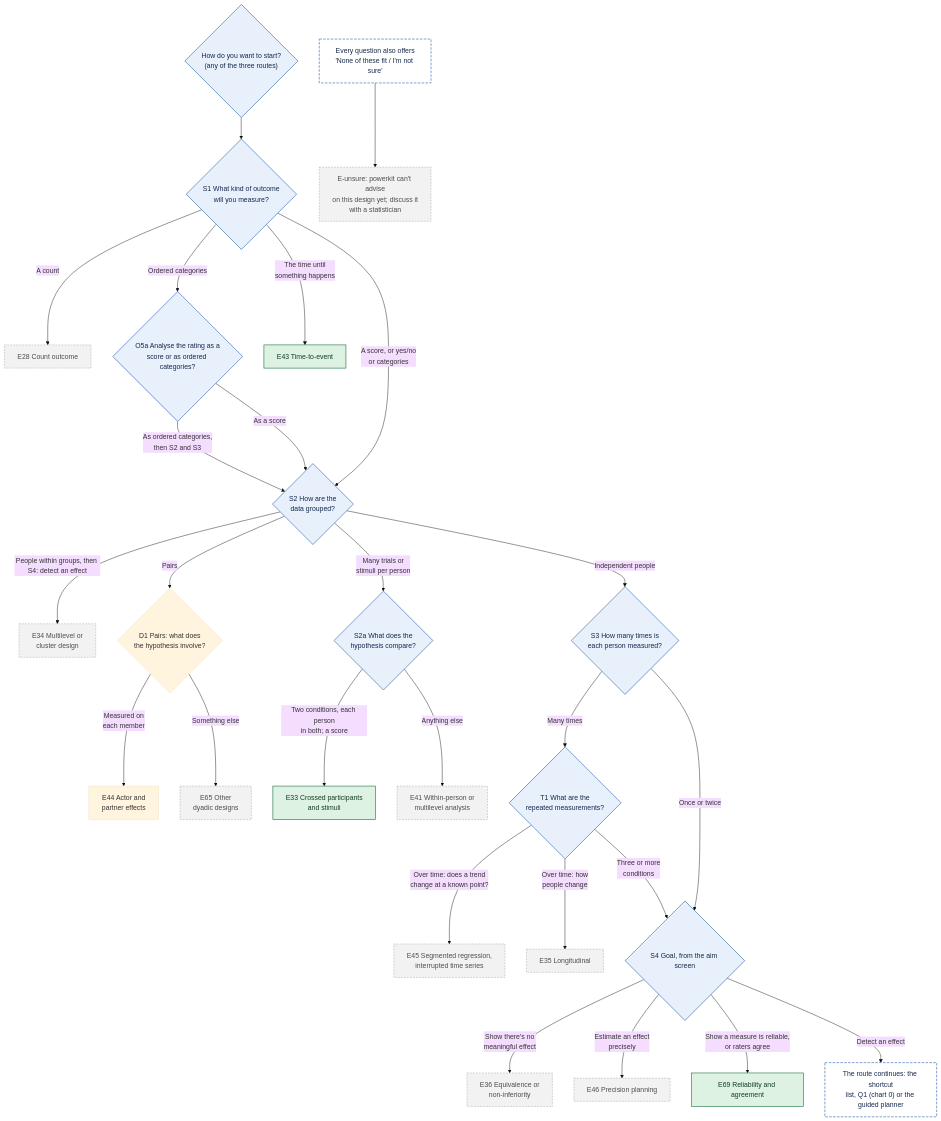
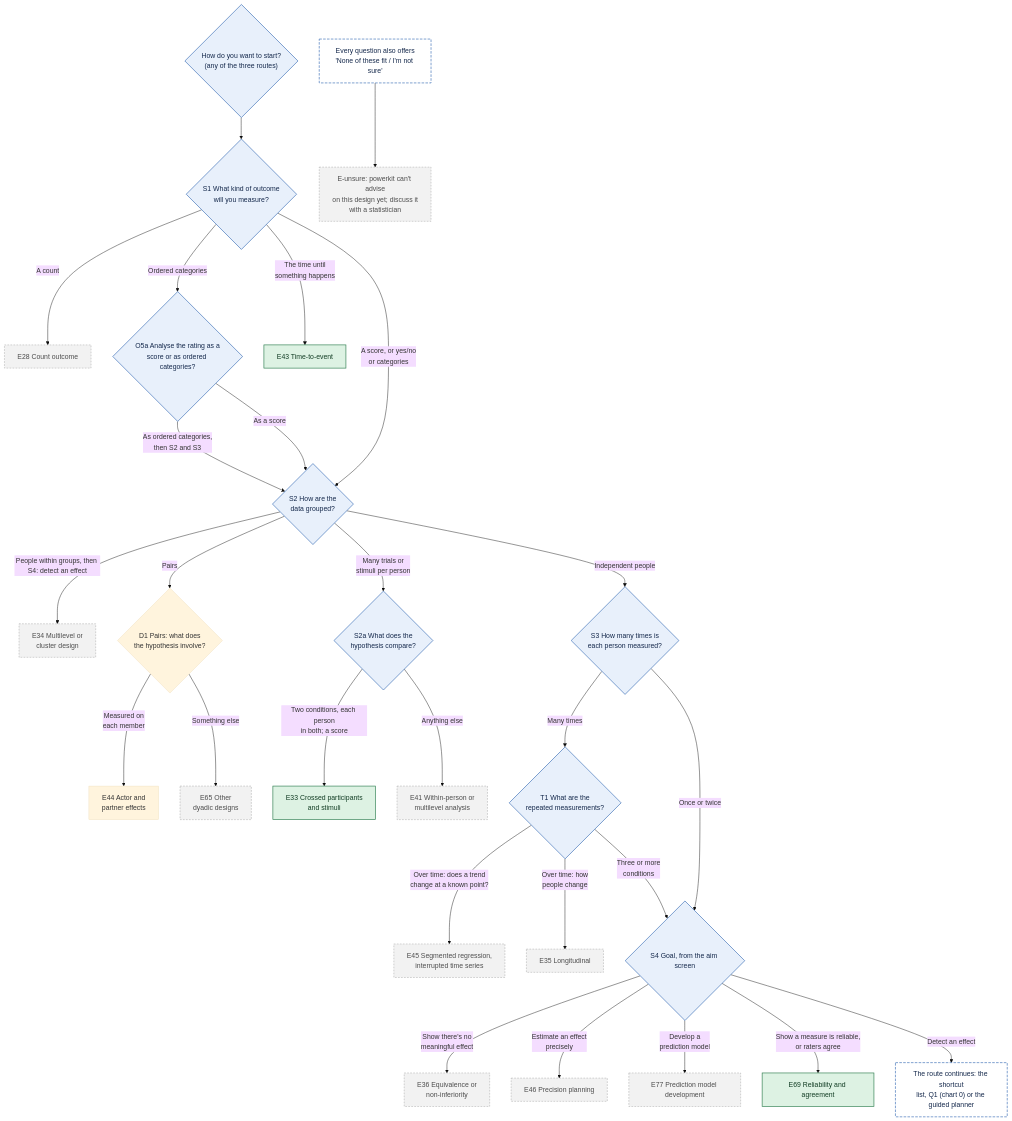
The first of 11 diagrams in docs/decision-tree.md (JoelThornton/Powerkit), drawn with Mermaid (base theme) before and after one commit. The commit also changed other lines of this file and 49 other files, not shown here.

First line of the commit message:
Plan the sample size for developing or validating a prediction model on E77 (0.69.3) (#430)

````diff
--- a/docs/decision-tree.md
+++ b/docs/decision-tree.md
@@ -239,37 +239,38 @@
 ```mermaid
 flowchart TD
   S0{"How do you want to start?<br/>(any of the three routes)"} --> S1{"S1 What kind of outcome<br/>will you measure?"}
   S1 -->|A count| E28["E28 Count outcome"]
   S1 -->|Ordered categories| O5a{"O5a Analyse the rating as a<br/>score or as ordered categories?"}
   O5a -->|As ordered categories,<br/>then S2 and S3| S2
   O5a -->|As a score| S2
   S1 -->|The time until<br/>something happens| E43["E43 Time-to-event"]
   S1 -->|A score, or yes/no<br/>or categories| S2{"S2 How are the<br/>data grouped?"}
   S2 -->|People within groups, then S4: detect an effect| E34["E34 Multilevel or<br/>cluster design"]
   S2 -->|Pairs| D1{"D1 Pairs: what does<br/>the hypothesis involve?"}
   D1 -->|Measured on<br/>each member| E44["E44 Actor and<br/>partner effects"]
   D1 -->|Something else| E65["E65 Other<br/>dyadic designs"]
   S2 -->|Many trials or<br/>stimuli per person| S2A{"S2a What does the<br/>hypothesis compare?"}
   S2A -->|Two conditions, each person<br/>in both; a score| E33["E33 Crossed participants<br/>and stimuli"]
   S2A -->|Anything else| E41["E41 Within-person or<br/>multilevel analysis"]
   S2 -->|Independent people| S3{"S3 How many times is<br/>each person measured?"}
   S3 -->|Many times| T1{"T1 What are the<br/>repeated measurements?"}
   T1 -->|Over time: does a trend<br/>change at a known point?| E45["E45 Segmented regression,<br/>interrupted time series"]
   T1 -->|Over time: how<br/>people change| E35["E35 Longitudinal"]
   T1 -->|Three or more<br/>conditions| S4
   S3 -->|Once or twice| S4{"S4 Goal, from the aim screen"}
   S4 -->|Show there's no<br/>meaningful effect| E36["E36 Equivalence or<br/>non-inferiority"]
   S4 -->|Estimate an effect<br/>precisely| E46["E46 Precision planning"]
+  S4 -->|Develop a<br/>prediction model| E77["E77 Prediction model development"]
   S4 -->|Show a measure is reliable,<br/>or raters agree| E69["E69 Reliability and agreement"]
   S4 -->|Detect an effect| R["The route continues: the shortcut<br/>list, Q1 (chart 0) or the guided planner"]
   ANY["Every question also offers<br/>'None of these fit / I'm not sure'"] --> EU["E-unsure: powerkit can't advise<br/>on this design yet; discuss it<br/>with a statistician"]
   class S0,S1,O5a,S2,S2A,S3,T1,S4 q
-  class E28,E34,E65,E45,E35,E36,E46,E41,EU later
+  class E28,E34,E65,E45,E35,E36,E46,E77,E41,EU later
   class E33,E43,E69 avail
   class R,ANY jump
   classDef q fill:#E8F0FB,stroke:#3B6FB6,color:#14284B,stroke-width:1.5px
   classDef avail fill:#DDF2E3,stroke:#2E7D4F,color:#123D24,stroke-width:1.5px
   classDef spec fill:#FFF0D1,stroke:#B97A00,color:#4A3200,stroke-width:1.5px
   classDef later fill:#F2F2F2,stroke:#9A9A9A,color:#4D4D4D,stroke-width:1px,stroke-dasharray:4 3
   classDef jump fill:#FFFFFF,stroke:#3B6FB6,color:#14284B,stroke-width:1.5px,stroke-dasharray:6 3
 ```
````
